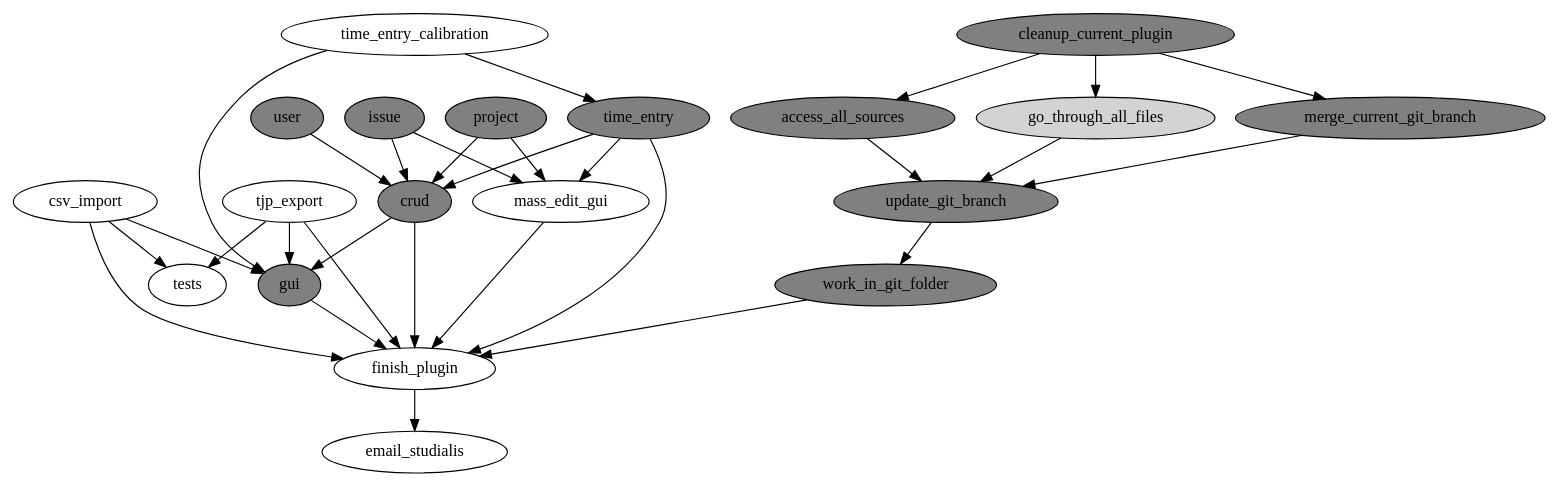
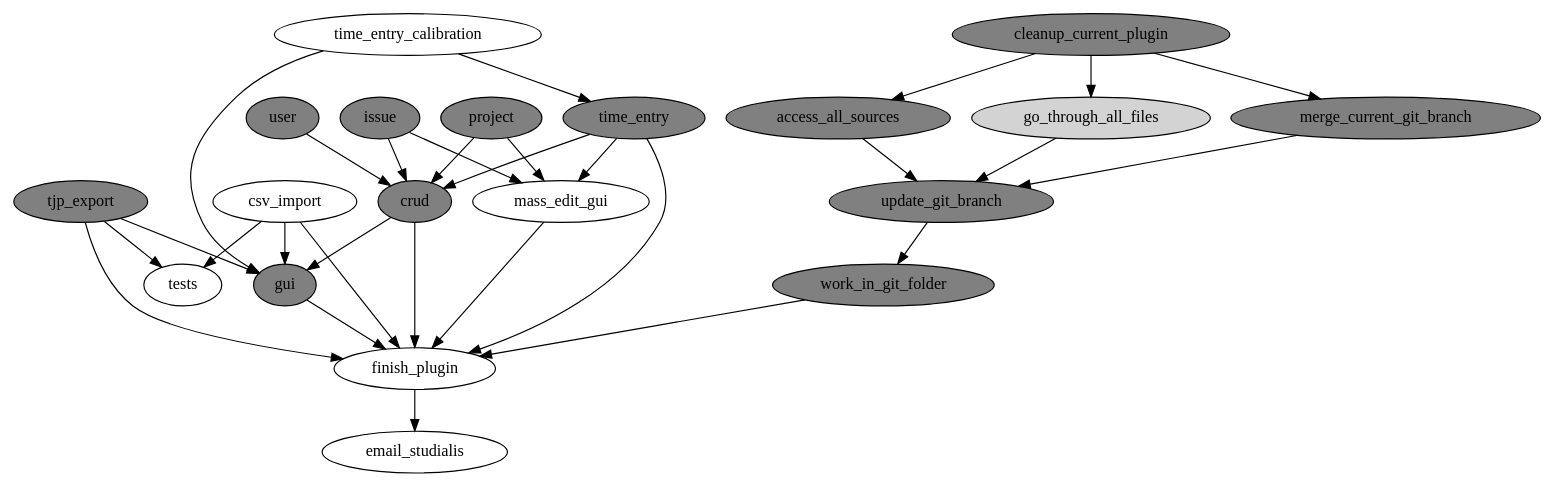
The diagram in users/christopher/redmine_taskjuggler.gv (chris2fr/redmine_taskjuggler), drawn with Graphviz before and after one commit. The commit also changed 12 other files, not shown here.

```diff
--- a/users/christopher/redmine_taskjuggler.gv
+++ b/users/christopher/redmine_taskjuggler.gv
@@ -1,73 +1,74 @@
 digraph todo {
 	#rankdir="RL"
 
 	{
 		node [fillcolor="grey" style="filled"]
 		merge_current_git_branch
 		update_git_branch
 		work_in_git_folder
 		access_all_sources
 		project
 		time_entry
 		user	
 		issue
 		cleanup_current_plugin
 		crud
 		gui
+		tjp_export
 	}
 	{
 		node [fillcolor="lightgrey" style="filled"]
 		go_through_all_files
 	}
 
 	{
 		csv_import
 		tjp_export 
 		gui
 		mass_edit_gui
 		time_entry
 		crud
 	} -> finish_plugin
 
 	{
 		time_entry
 		project
 		issue
 		user
 	} -> crud
 
 	cleanup_current_plugin -> 
 		{
 			access_all_sources
 			merge_current_git_branch
 			go_through_all_files
 		}  -> 
 		update_git_branch ->
 		work_in_git_folder ->
 		finish_plugin -> 
 		email_studialis
 	
 	{
 		csv_import
 		tjp_export
 	} -> tests 
 
 	{
 		time_entry_calibration 
 	} -> time_entry
 
 
 	{
 		crud
 		tjp_export
 		csv_import
 		time_entry_calibration
 	} -> gui
 
 	 {
 		project
 		time_entry
 		issue
 	} -> mass_edit_gui
 	 
 }
```
